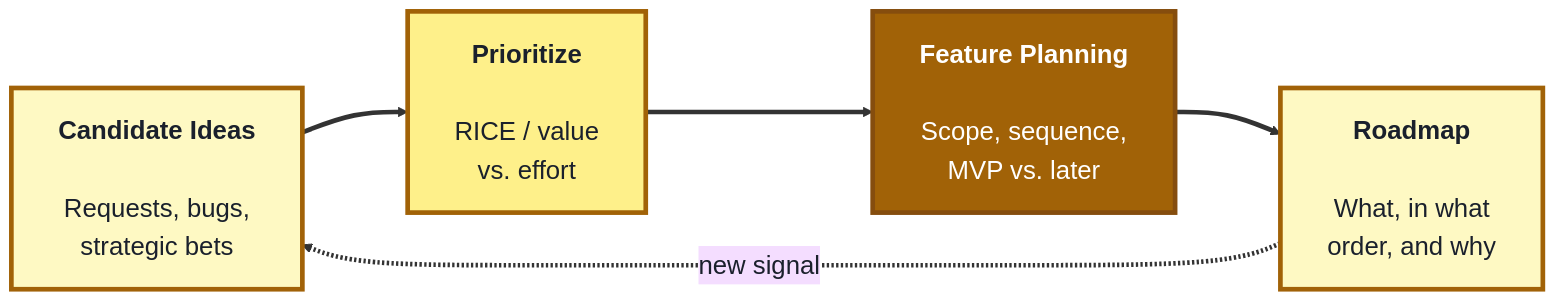
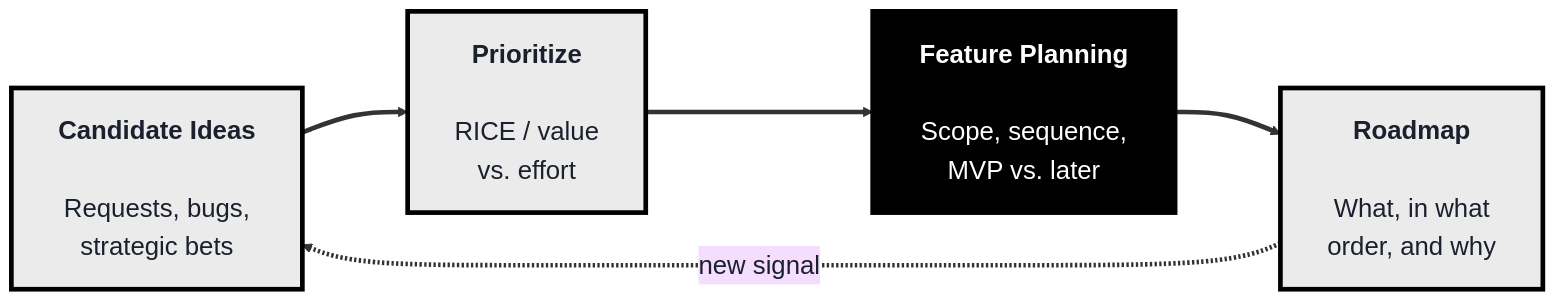
One commit to SHEMODELTECH/shemodeltech changed the second of 3 diagrams in src/Pages/courses/TechPO/product-project-management.md. Above: the diagram before and after it, drawn with Mermaid. The commit also changed 46 other files, not shown here.

````diff
--- a/src/Pages/courses/TechPO/product-project-management.md
+++ b/src/Pages/courses/TechPO/product-project-management.md
@@ -82,17 +82,17 @@
 ```mermaid
-%%{init: {'theme':'base', 'themeVariables': {'fontSize':'22px', 'primaryTextColor':'#1a202c', 'primaryBorderColor':'#a16207', 'lineColor':'#333333'}, 'flowchart': {'nodeSpacing': 70, 'rankSpacing': 90, 'padding': 20}}}%%
+%%{init: {'theme':'base', 'themeVariables': {'fontSize':'22px', 'primaryTextColor':'#1a202c', 'primaryBorderColor':'#000000', 'lineColor':'#333333'}, 'flowchart': {'nodeSpacing': 70, 'rankSpacing': 90, 'padding': 20}}}%%
 flowchart LR
     IDEAS["<b>Candidate Ideas</b><br/><br/>Requests, bugs,<br/>strategic bets"]
     PRIO["<b>Prioritize</b><br/><br/>RICE / value<br/>vs. effort"]
     PLAN["<b>Feature Planning</b><br/><br/>Scope, sequence,<br/>MVP vs. later"]
     ROAD["<b>Roadmap</b><br/><br/>What, in what<br/>order, and why"]
 
     IDEAS ==> PRIO ==> PLAN ==> ROAD
     ROAD -.new signal.-> IDEAS
 
-    style IDEAS fill:#fef9c3,color:#1a202c,stroke:#a16207,stroke-width:4px
-    style PRIO fill:#fef08a,color:#1a202c,stroke:#a16207,stroke-width:4px
-    style PLAN fill:#a16207,color:#fff,stroke:#854d0e,stroke-width:4px
-    style ROAD fill:#fef9c3,color:#1a202c,stroke:#a16207,stroke-width:4px
+    style IDEAS fill:#EBEBEB,color:#1a202c,stroke:#000000,stroke-width:4px
+    style PRIO fill:#EBEBEB,color:#1a202c,stroke:#000000,stroke-width:4px
+    style PLAN fill:#000000,color:#fff,stroke:#000000,stroke-width:4px
+    style ROAD fill:#EBEBEB,color:#1a202c,stroke:#000000,stroke-width:4px
     linkStyle default stroke-width:4px,stroke:#333333
 ```
````
